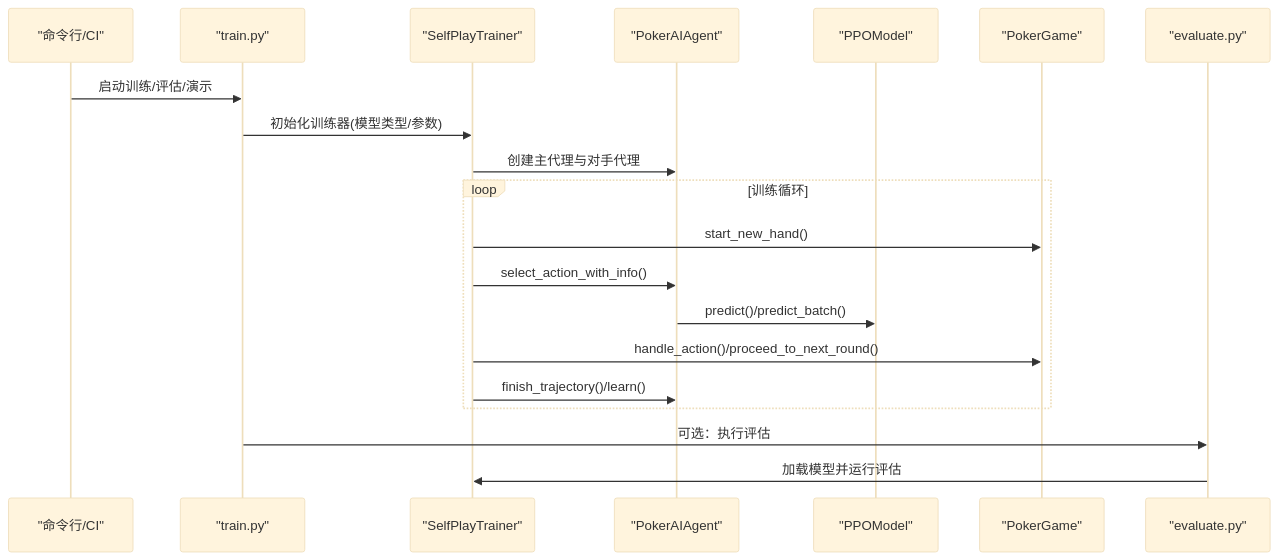
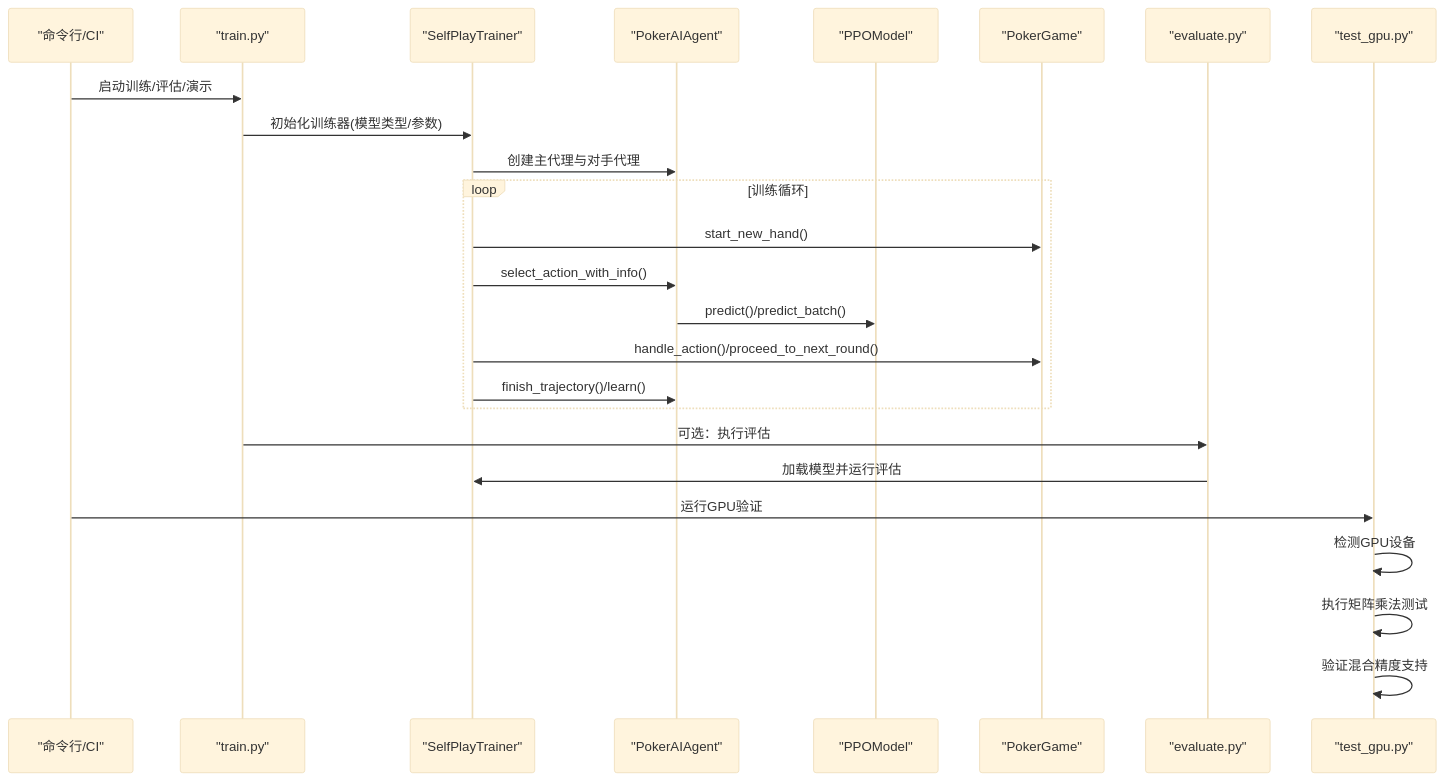
Before and after one commit to xiaoguo1987/testonew06: the second of 7 diagrams in .qoder/repowiki/zh/content/开发指南/测试策略/测试策略.md, drawn with Mermaid (base theme). The commit also changed other lines of this file and 12 other files, not shown here.

````diff
--- a/.qoder/repowiki/zh/content/开发指南/测试策略/测试策略.md
+++ b/.qoder/repowiki/zh/content/开发指南/测试策略/测试策略.md
@@ -116,22 +124,27 @@
 ```mermaid
 sequenceDiagram
 participant CLI as "命令行/CI"
 participant Train as "train.py"
 participant Trainer as "SelfPlayTrainer"
 participant Agent as "PokerAIAgent"
 participant Model as "PPOModel"
 participant Game as "PokerGame"
 participant Eval as "evaluate.py"
+participant GPU as "test_gpu.py"
 CLI->>Train : 启动训练/评估/演示
 Train->>Trainer : 初始化训练器(模型类型/参数)
 Trainer->>Agent : 创建主代理与对手代理
 loop 训练循环
 Trainer->>Game : start_new_hand()
 Trainer->>Agent : select_action_with_info()
 Agent->>Model : predict()/predict_batch()
 Trainer->>Game : handle_action()/proceed_to_next_round()
 Trainer->>Agent : finish_trajectory()/learn()
 end
 Train->>Eval : 可选：执行评估
 Eval->>Trainer : 加载模型并运行评估
+CLI->>GPU : 运行GPU验证
+GPU->>GPU : 检测GPU设备
+GPU->>GPU : 执行矩阵乘法测试
+GPU->>GPU : 验证混合精度支持
 ```
````
